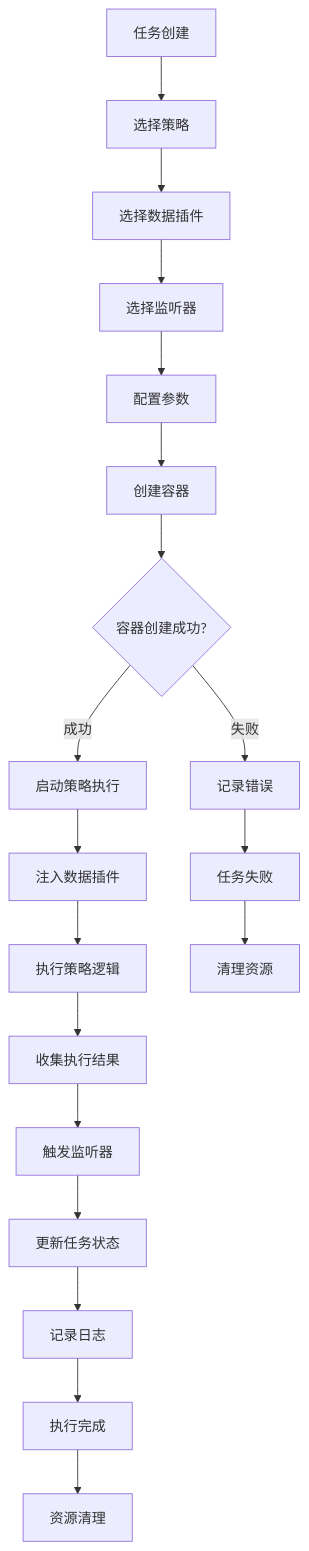
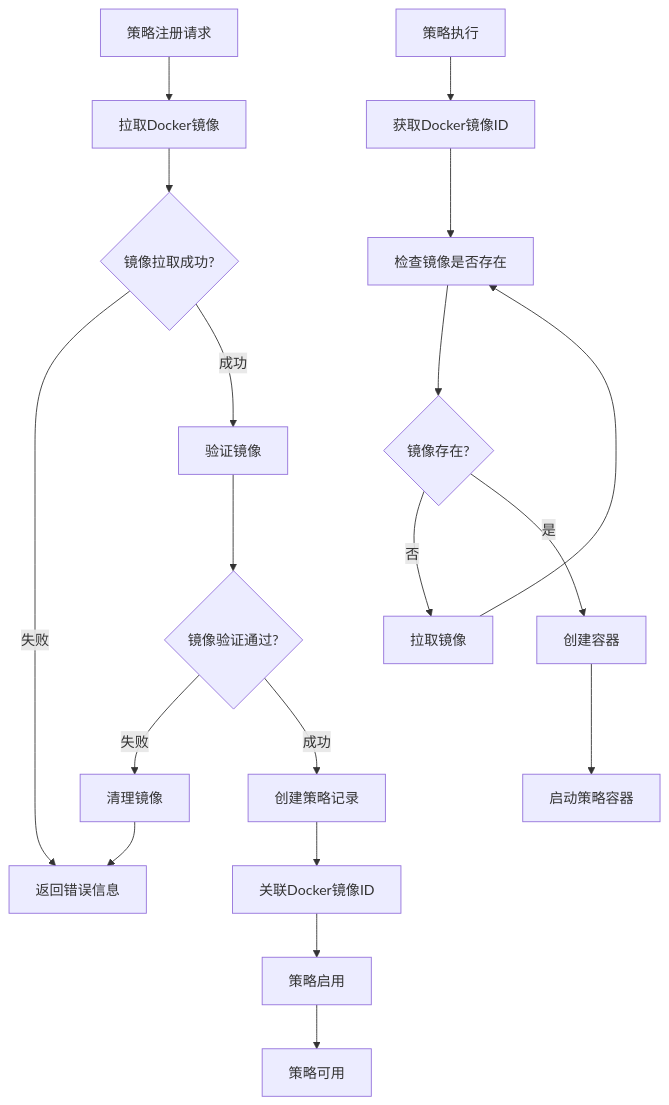
One commit to shenge08/hs-taskm changed the second of 11 diagrams in docs/arch/logic_flow.md. Above: the diagram before and after it, drawn with Mermaid. The commit also changed other lines of this file and 3 other files, not shown here.

First line of the commit message:
feat: complete Stage 2 & Stage 3 architecture and testing

````diff
--- a/docs/arch/logic_flow.md
+++ b/docs/arch/logic_flow.md
@@ -58,21 +62,22 @@
 ```mermaid
 graph TD
-    A[任务创建] --> B[选择策略]
-    B --> C[选择数据插件]
-    C --> D[选择监听器]
-    D --> E[配置参数]
-    E --> F[创建容器]
-    F --> G{容器创建成功?}
-    G -->|失败| H[记录错误]
-    G -->|成功| I[启动策略执行]
-    I --> J[注入数据插件]
-    J --> K[执行策略逻辑]
-    K --> L[收集执行结果]
-    L --> M[触发监听器]
-    M --> N[更新任务状态]
-    N --> O[记录日志]
-    O --> P[执行完成]
-    H --> Q[任务失败]
-    Q --> R[清理资源]
-    P --> S[资源清理]
+    A[策略注册请求] --> B[拉取Docker镜像]
+    B --> C{镜像拉取成功?}
+    C -->|失败| D[返回错误信息]
+    C -->|成功| E[验证镜像]
+    E --> F{镜像验证通过?}
+    F -->|失败| G[清理镜像]
+    G --> D
+    F -->|成功| H[创建策略记录]
+    H --> I[关联Docker镜像ID]
+    I --> J[策略启用]
+    J --> K[策略可用]
+    
+    L[策略执行] --> M[获取Docker镜像ID]
+    M --> N[检查镜像是否存在]
+    N --> O{镜像存在?}
+    O -->|否| P[拉取镜像]
+    P --> N
+    O -->|是| Q[创建容器]
+    Q --> R[启动策略容器]
 ```
````
